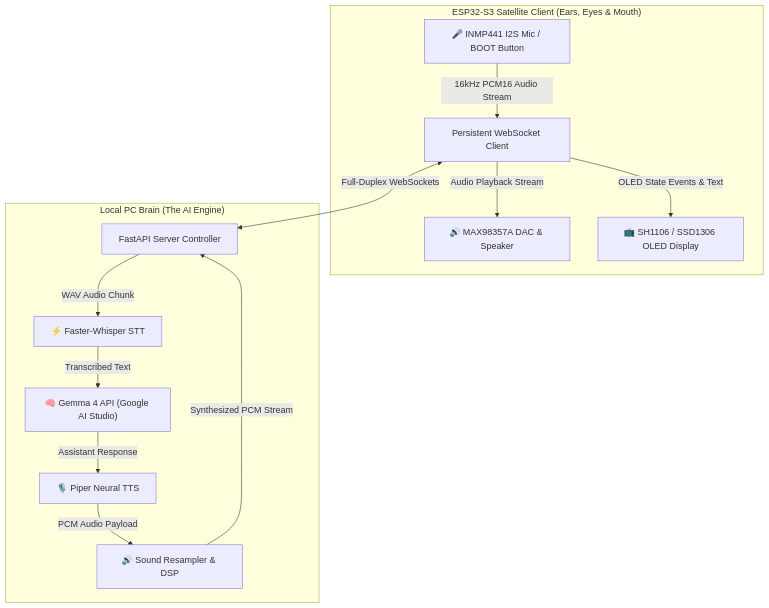
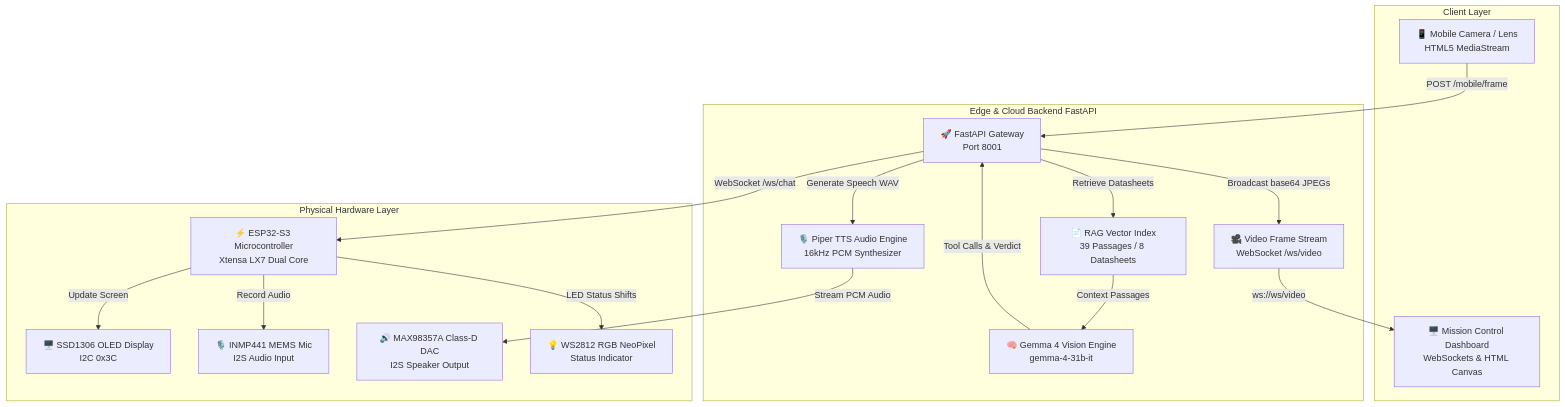
One commit to vishu2212/GEMMA_JARVIS changed the diagram in README.md. Above: the diagram before and after it, drawn with Mermaid. The commit also changed other lines of this file and 1 other file, not shown here.

Commit message:
release: JARVIS Edge AI v2.0.0 - Mobile Vision, RAG & ESP32 Hardware Integration

````diff
--- a/README.md
+++ b/README.md
@@ -50,17 +35,36 @@
 ```mermaid
 graph TD
-    subgraph Client ["ESP32-S3 Satellite Client (Ears, Eyes & Mouth)"]
-        A["🎤 INMP441 I2S Mic / BOOT Button"] -->|16kHz PCM16 Audio Stream| B["Persistent WebSocket Client"]
-        B -->|Audio Playback Stream| C["🔊 MAX98357A DAC & Speaker"]
-        B -->|OLED State Events & Text| D["📺 SH1106 / SSD1306 OLED Display"]
+    subgraph Client Layer
+        A[📱 Mobile Camera / Lens<br/>HTML5 MediaStream] 
+        B[🖥️ Mission Control Dashboard<br/>WebSockets & HTML Canvas]
     end
 
-    subgraph Brain ["Local PC Brain (The AI Engine)"]
-        B <-->|Full-Duplex WebSockets| E["FastAPI Server Controller"]
-        E -->|WAV Audio Chunk| F["⚡ Faster-Whisper STT"]
-        F -->|Transcribed Text| G["🧠 Gemma 4 API (Google AI Studio)"]
-        G -->|Assistant Response| H["🎙️ Piper Neural TTS"]
-        H -->|PCM Audio Payload| I["🔊 Sound Resampler & DSP"]
-        I -->|Synthesized PCM Stream| E
+    subgraph Edge & Cloud Backend FastAPI
+        C[🚀 FastAPI Gateway<br/>Port 8001]
+        D[🎥 Video Frame Stream<br/>WebSocket /ws/video]
+        E[📄 RAG Vector Index<br/>39 Passages / 8 Datasheets]
+        F[🧠 Gemma 4 Vision Engine<br/>gemma-4-31b-it]
+        G[🎙️ Piper TTS Audio Engine<br/>16kHz PCM Synthesizer]
     end
+
+    subgraph Physical Hardware Layer
+        H[⚡ ESP32-S3 Microcontroller<br/>Xtensa LX7 Dual Core]
+        I[🖥️ SSD1306 OLED Display<br/>I2C 0x3C]
+        J[🎙️ INMP441 MEMS Mic<br/>I2S Audio Input]
+        K[🔊 MAX98357A Class-D DAC<br/>I2S Speaker Output]
+        L[💡 WS2812 RGB NeoPixel<br/>Status Indicator]
+    end
+
+    A -->|POST /mobile/frame| C
+    C -->|Broadcast base64 JPEGs| D
+    D -->|ws://ws/video| B
+    C -->|Retrieve Datasheets| E
+    E -->|Context Passages| F
+    F -->|Tool Calls & Verdict| C
+    C -->|Generate Speech WAV| G
+    G -->|Stream PCM Audio| K
+    C -->|WebSocket /ws/chat| H
+    H -->|Update Screen| I
+    H -->|LED Status Shifts| L
+    H -->|Record Audio| J
 ```
````
